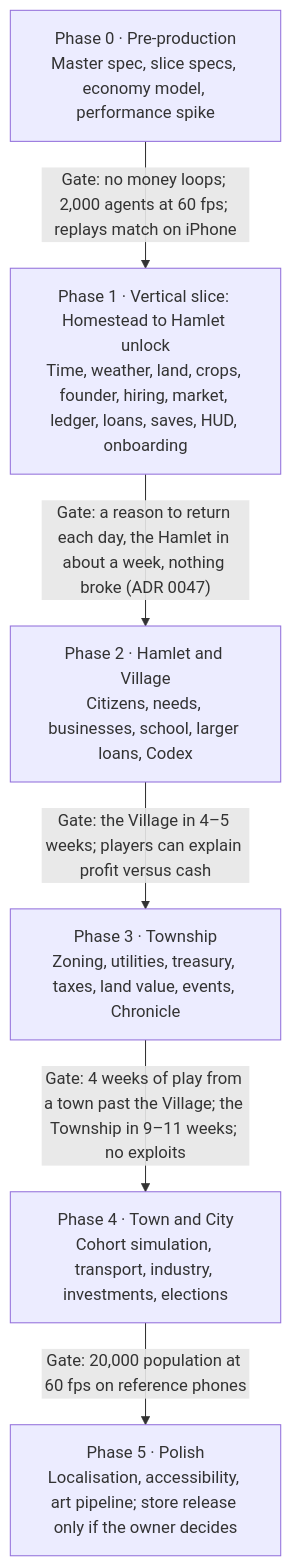
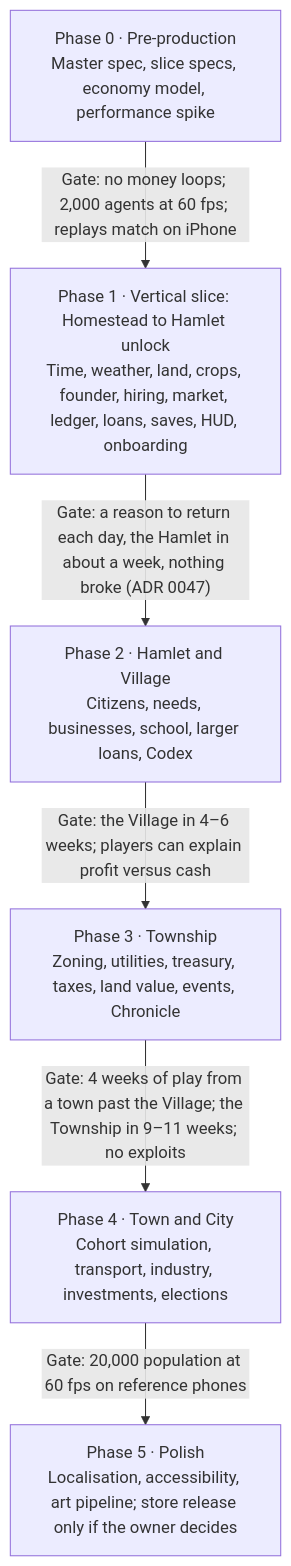
One commit to patel-keyur-18/farm-to-city changed the second of 2 diagrams in docs/GDD.md. Above: the diagram before and after it, drawn with Mermaid. The commit also changed other lines of this file and 107 other files, not shown here.

````diff
--- a/docs/GDD.md
+++ b/docs/GDD.md
@@ -1124,15 +1128,15 @@
 ```mermaid
 flowchart TB
     P0["Phase 0 · Pre-production<br/>Master spec, slice specs, economy model, performance spike"]
     P1["Phase 1 · Vertical slice: Homestead to Hamlet unlock<br/>Time, weather, land, crops, founder, hiring, market, ledger, loans, saves, HUD, onboarding"]
     P2["Phase 2 · Hamlet and Village<br/>Citizens, needs, businesses, school, larger loans, Codex"]
     P3["Phase 3 · Township<br/>Zoning, utilities, treasury, taxes, land value, events, Chronicle"]
     P4["Phase 4 · Town and City<br/>Cohort simulation, transport, industry, investments, elections"]
     P5["Phase 5 · Polish<br/>Localisation, accessibility, art pipeline; store release only if the owner decides"]
 
     P0 -->|"Gate: no money loops; 2,000 agents at 60 fps; replays match on iPhone"| P1
     P1 -->|"Gate: a reason to return each day, the Hamlet in about a week, nothing broke (ADR 0047)"| P2
-    P2 -->|"Gate: the Village in 4–5 weeks; players can explain profit versus cash"| P3
+    P2 -->|"Gate: the Village in 4–6 weeks; players can explain profit versus cash"| P3
     P3 -->|"Gate: 4 weeks of play from a town past the Village; the Township in 9–11 weeks; no exploits"| P4
     P4 -->|"Gate: 20,000 population at 60 fps on reference phones"| P5
 ```
````
